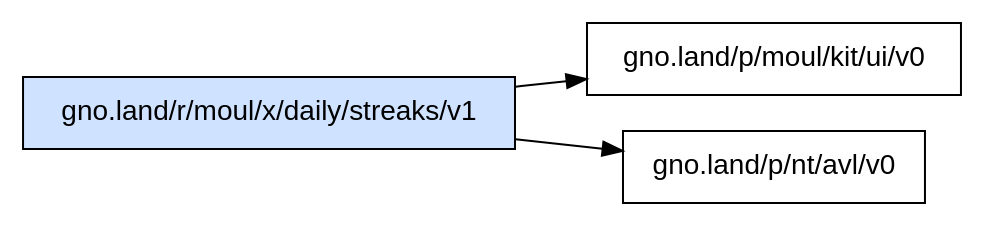
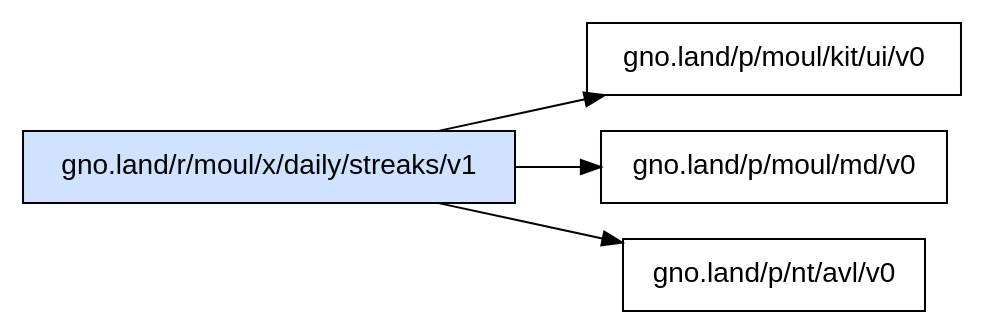
The diagram in _assets/gno.land/r/moul/x/daily/streaks/v1/deps.dot (moul/gno-contracts), drawn with Graphviz before and after one commit. The commit also changed 31 other files, not shown here.

Commit message:
chore: regenerate catalog, graphs and on-chain status [skip ci]

```diff
--- a/_assets/gno.land/r/moul/x/daily/streaks/v1/deps.dot
+++ b/_assets/gno.land/r/moul/x/daily/streaks/v1/deps.dot
@@ -1,7 +1,8 @@
 digraph deps {
   rankdir=LR;
   node [shape=box, fontname="sans-serif"];
   "gno.land/r/moul/x/daily/streaks/v1" [style=filled, fillcolor="#cfe2ff"];
   "gno.land/r/moul/x/daily/streaks/v1" -> "gno.land/p/moul/kit/ui/v0";
+  "gno.land/r/moul/x/daily/streaks/v1" -> "gno.land/p/moul/md/v0";
   "gno.land/r/moul/x/daily/streaks/v1" -> "gno.land/p/nt/avl/v0";
 }
```
